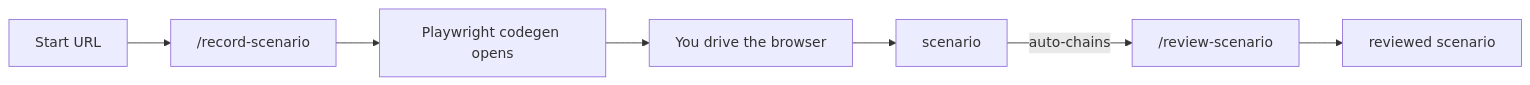
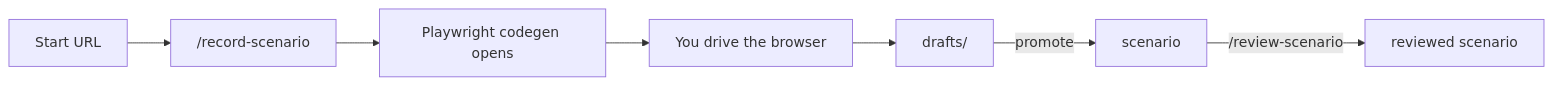
One commit to mattbobambrose/playwright-scenarios changed the fourth of 5 diagrams in website/playwright-scenarios/docs/workflow.md. Above: the diagram before and after it, drawn with Mermaid. The commit also changed other lines of this file and 7 other files, not shown here.

First line of the commit message:
Make /record-scenario write to drafts/ by default (v0.5.0) (#4)

````diff
--- a/website/playwright-scenarios/docs/workflow.md
+++ b/website/playwright-scenarios/docs/workflow.md
@@ -84,9 +84,9 @@
 ``` mermaid
 graph LR
     A[Start URL] --> B["/record-scenario"]
     B --> C[Playwright codegen opens]
     C --> D[You drive the browser]
-    D --> E[scenario]
-    E -->|auto-chains| F["/review-scenario"]
-    F --> G[reviewed scenario]
+    D --> E["drafts/"]
+    E -->|promote| F[scenario]
+    F -->|"/review-scenario"| G[reviewed scenario]
 ```
````
